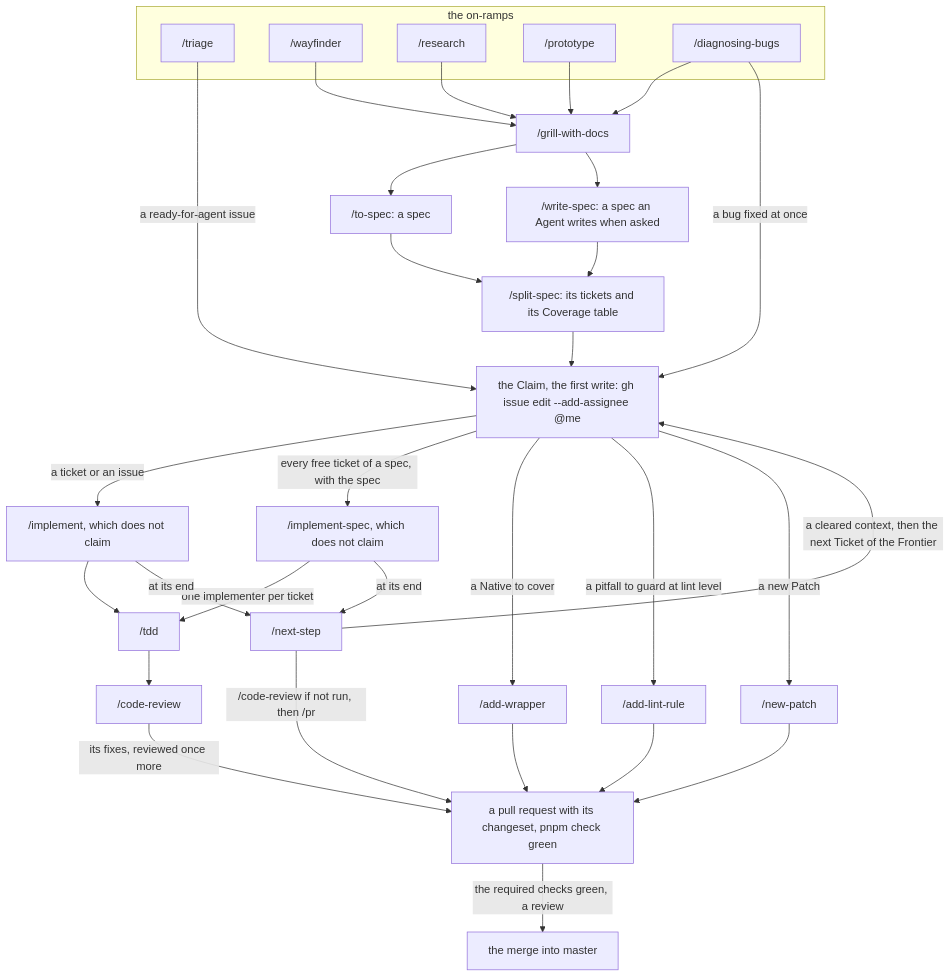
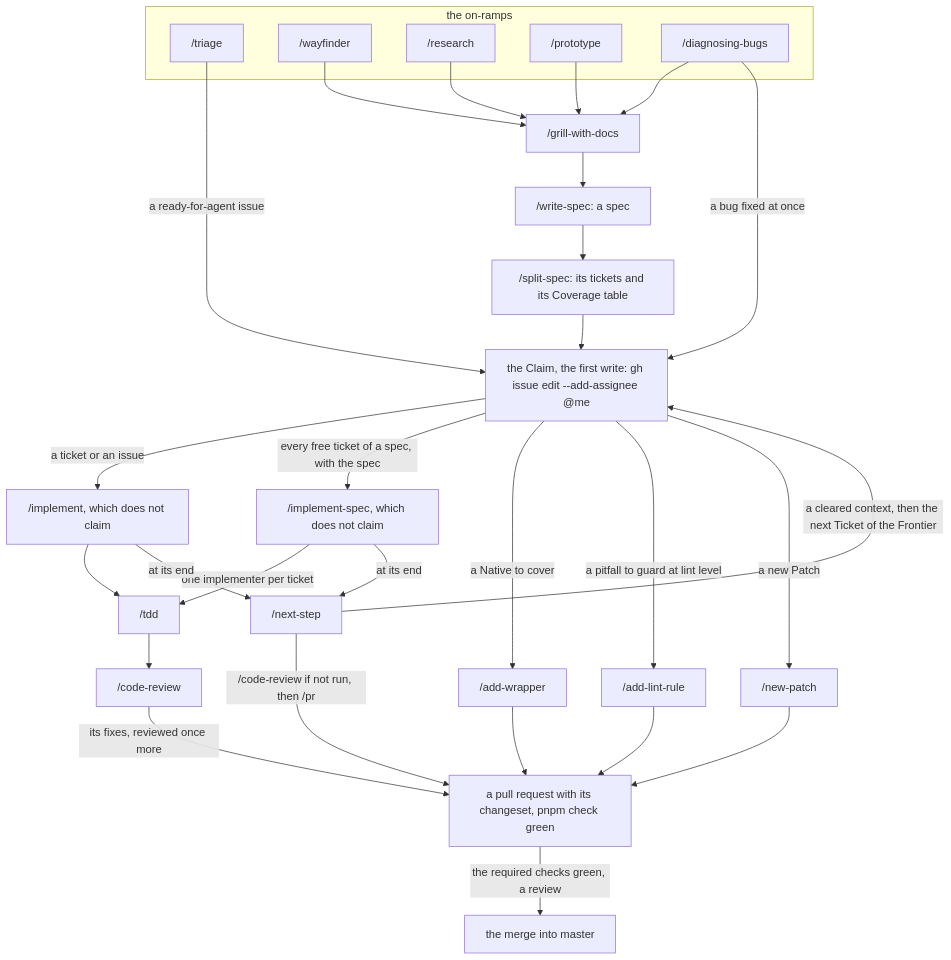
One commit to phmilk/reforged-ts changed the diagram in docs/agents/development-loop.md. Above: the diagram before and after it, drawn with Mermaid. The commit also changed other lines of this file and 15 other files, not shown here.

````diff
--- a/docs/agents/development-loop.md
+++ b/docs/agents/development-loop.md
@@ -76,56 +77,53 @@
 ```mermaid
 flowchart TD
   %% diagram: development-loop
   %% covers: skills
   subgraph on_ramps["the on-ramps"]
     triage["/triage"]
     wayfinder["/wayfinder"]
     research["/research"]
     prototype["/prototype"]
     diagnosing_bugs["/diagnosing-bugs"]
   end
   grill_with_docs["/grill-with-docs"]
-  to_spec["/to-spec: a spec"]
-  write_spec["/write-spec: a spec an Agent writes when asked"]
+  write_spec["/write-spec: a spec"]
   split_spec["/split-spec: its tickets and its Coverage table"]
   claim["the Claim, the first write: gh issue edit --add-assignee @me"]
   implement["/implement, which does not claim"]
   implement_spec["/implement-spec, which does not claim"]
   tdd["/tdd"]
   code_review["/code-review"]
   next_step["/next-step"]
   add_wrapper["/add-wrapper"]
   add_lint_rule["/add-lint-rule"]
   new_patch["/new-patch"]
   pull_request["a pull request with its changeset, pnpm check green"]
   merge["the merge into master"]
 
   wayfinder --> grill_with_docs
   research --> grill_with_docs
   prototype --> grill_with_docs
   diagnosing_bugs --> grill_with_docs
   triage -->|"a ready-for-agent issue"| claim
   diagnosing_bugs -->|"a bug fixed at once"| claim
-  grill_with_docs --> to_spec
   grill_with_docs --> write_spec
-  to_spec --> split_spec
   write_spec --> split_spec
   split_spec --> claim
   claim -->|"a ticket or an issue"| implement
   claim -->|"every free ticket of a spec, with the spec"| implement_spec
   claim -->|"a Native to cover"| add_wrapper
   claim -->|"a pitfall to guard at lint level"| add_lint_rule
   claim -->|"a new Patch"| new_patch
   implement --> tdd
   implement_spec -->|"one implementer per ticket"| tdd
   tdd --> code_review
   code_review -->|"its fixes, reviewed once more"| pull_request
   add_wrapper --> pull_request
   add_lint_rule --> pull_request
   new_patch --> pull_request
   pull_request -->|"the required checks green, a review"| merge
   implement -->|"at its end"| next_step
   implement_spec -->|"at its end"| next_step
   next_step -->|"/code-review if not run, then /pr"| pull_request
   next_step -->|"a cleared context, then the next Ticket of the Frontier"| claim
 ```
````
